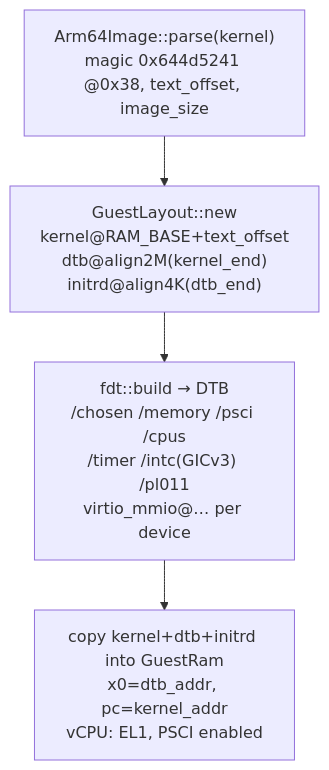
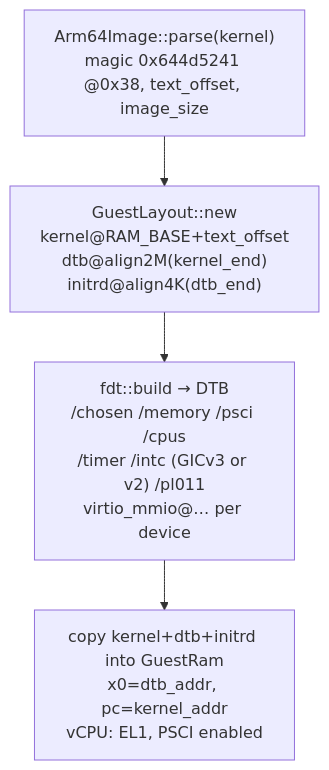
The third of 5 diagrams in docs/architecture.md (brig-sh/hvi-vmm), drawn with Mermaid before and after one commit. The commit also changed other lines of this file, not shown here.

First line of the commit message:
docs(architecture): Match the source tree

````diff
--- a/docs/architecture.md
+++ b/docs/architecture.md
@@ -178,7 +185,7 @@
 ```mermaid
 flowchart TB
     A["Arm64Image::parse(kernel)<br/>magic 0x644d5241 @0x38, text_offset, image_size"] --> B
     B["GuestLayout::new<br/>kernel@RAM_BASE+text_offset<br/>dtb@align2M(kernel_end)<br/>initrd@align4K(dtb_end)"] --> C
-    C["fdt::build → DTB<br/>/chosen /memory /psci /cpus<br/>/timer /intc(GICv3) /pl011<br/>virtio_mmio@… per device"] --> D
+    C["fdt::build → DTB<br/>/chosen /memory /psci /cpus<br/>/timer /intc (GICv3 or v2) /pl011<br/>virtio_mmio@… per device"] --> D
     D["copy kernel+dtb+initrd into GuestRam<br/>x0=dtb_addr, pc=kernel_addr<br/>vCPU: EL1, PSCI enabled"]
 ```
````
